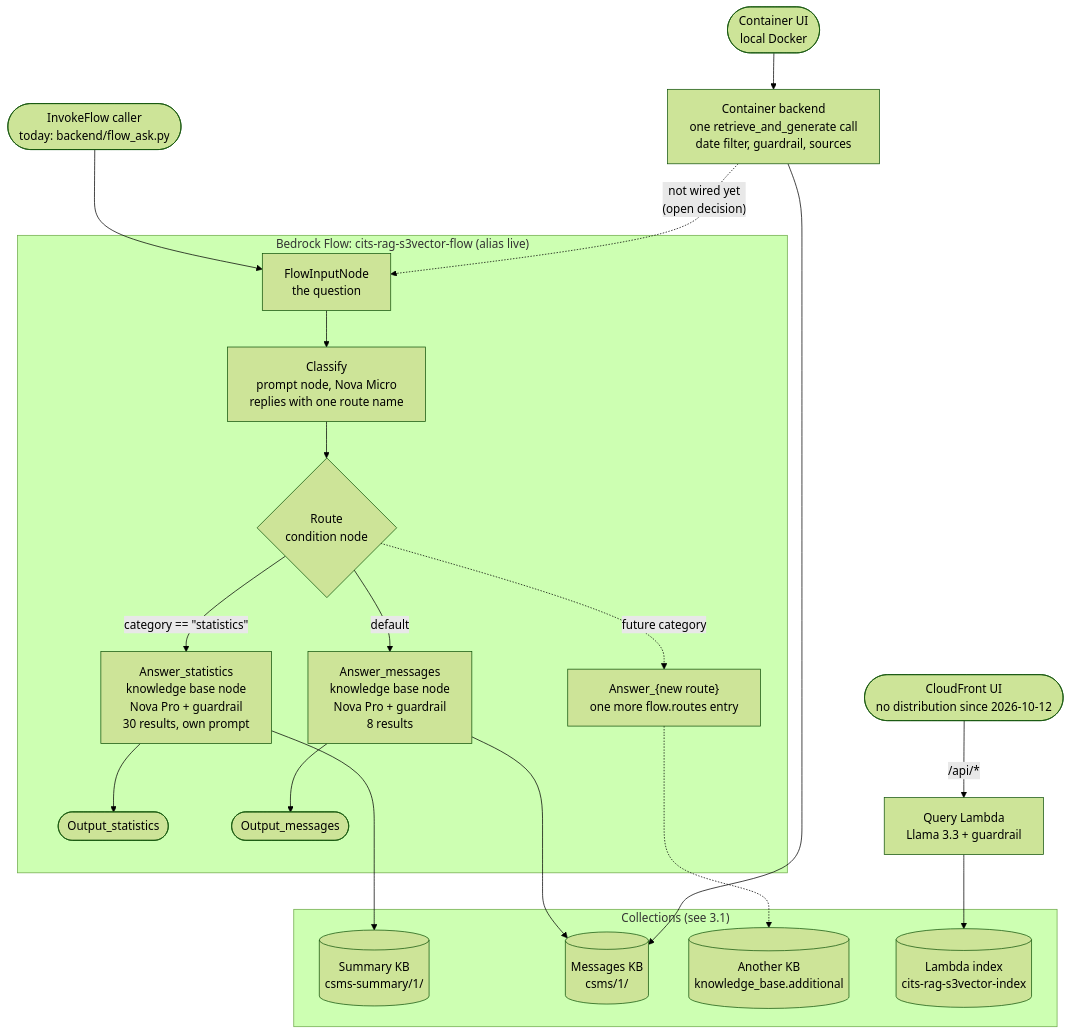
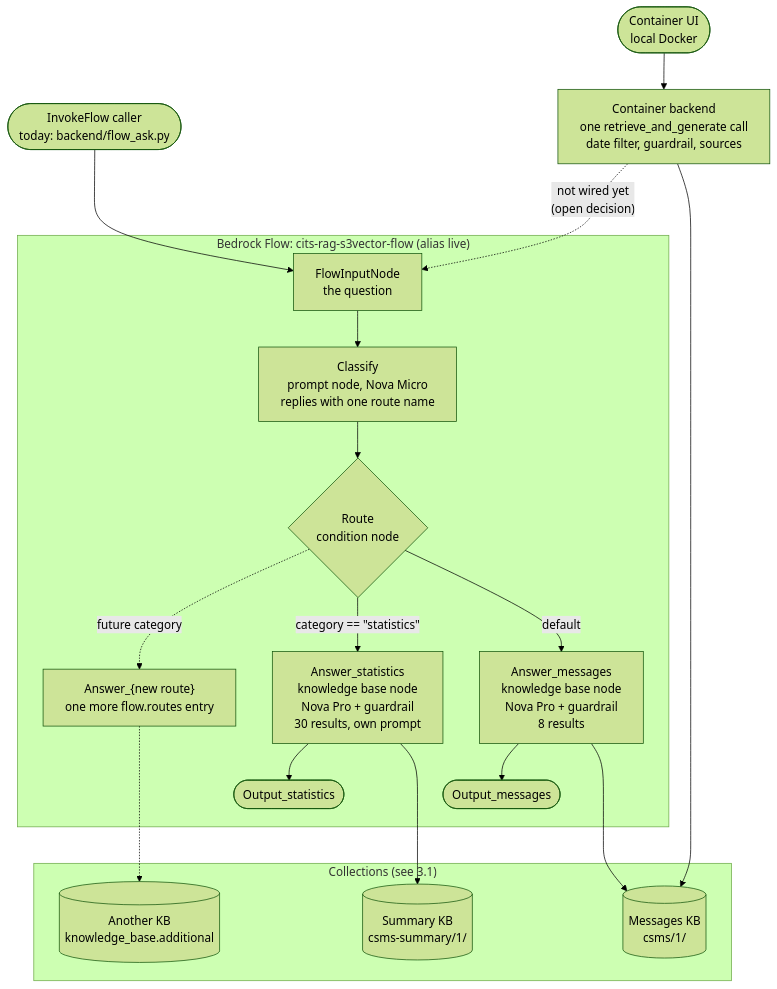
Before and after one commit to channelit/RAG-S3Vector: the second of 2 diagrams in new-architecture.md, drawn with Mermaid (forest theme). The commit also changed other lines of this file and 14 other files, not shown here.

````diff
--- a/new-architecture.md
+++ b/new-architecture.md
@@ -94,43 +90,39 @@
 ```mermaid
 %%{init: {"flowchart": {"wrappingWidth": 380}}}%%
 flowchart TD
     CALLER(["InvokeFlow caller<br/>today: backend/flow_ask.py"])
     CUI(["Container UI<br/>local Docker"])
-    SUI(["CloudFront UI<br/>no distribution since 2026-10-12"])
 
     BE["Container backend<br/>one retrieve_and_generate call<br/>date filter, guardrail, sources"]
-    QL["Query Lambda<br/>Llama 3.3 + guardrail"]
 
     subgraph FLOW["Bedrock Flow: cits-rag-s3vector-flow (alias live)"]
         IN["FlowInputNode<br/>the question"]
         CL["Classify<br/>prompt node, Nova Micro<br/>replies with one route name"]
         RT{"Route<br/>condition node"}
+        AN["Answer_{new route}<br/>one more flow.routes entry"]
         AS["Answer_statistics<br/>knowledge base node<br/>Nova Pro + guardrail<br/>30 results, own prompt"]
         AM["Answer_messages<br/>knowledge base node<br/>Nova Pro + guardrail<br/>8 results"]
-        AN["Answer_{new route}<br/>one more flow.routes entry"]
         OS(["Output_statistics"])
         OM(["Output_messages"])
         IN --> CL --> RT
+        RT -.->|"future category"| AN
         RT -->|"category == #quot;statistics#quot;"| AS
         RT -->|"default"| AM
-        RT -.->|"future category"| AN
         AS --> OS
         AM --> OM
     end
 
     subgraph STORE["Collections (see 3.1)"]
+        KN[("Another KB<br/>knowledge_base.additional")]
         KS[("Summary KB<br/>csms-summary/1/")]
         KM[("Messages KB<br/>csms/1/")]
-        KN[("Another KB<br/>knowledge_base.additional")]
-        LX[("Lambda index<br/>cits-rag-s3vector-index")]
     end
 
     CALLER --> IN
+    AN -..-> KN
     AS ---> KS
     AM ---> KM
-    AN -..-> KN
     CUI --> BE
     BE -.->|"not wired yet<br/>(open decision)"| IN
     BE --> KM
-    SUI -->|"/api/*"| QL --> LX
 ```
````
